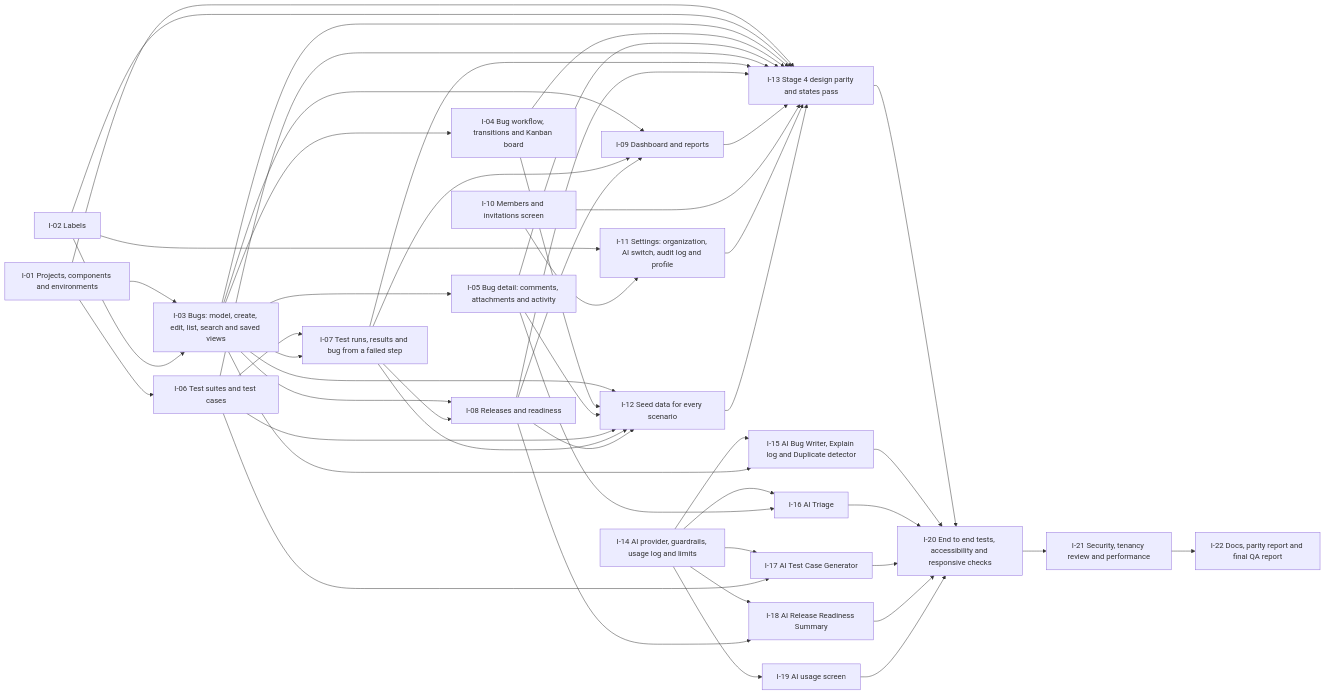
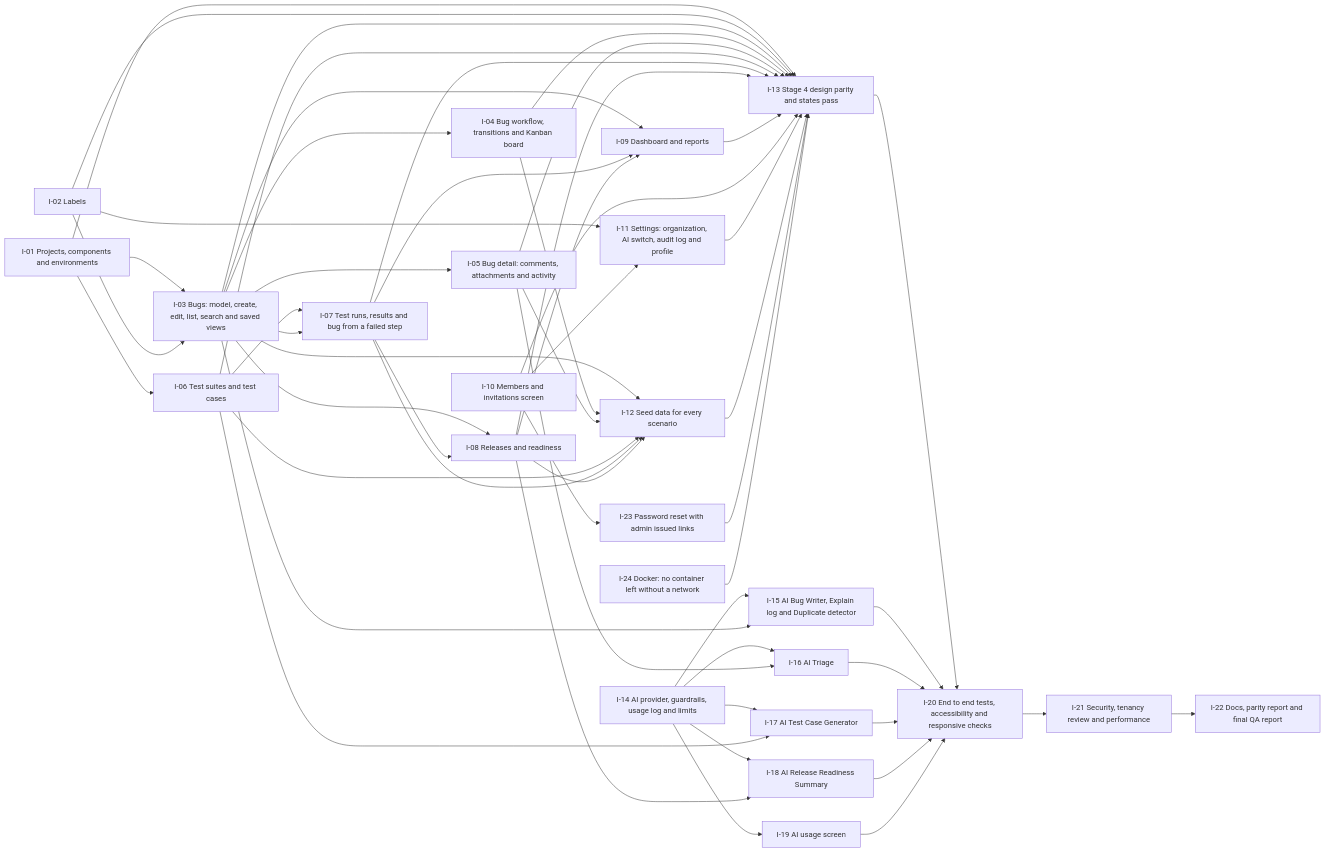
One commit to Bilex95/qa-pilot changed the diagram in docs/issues/DAG.md. Above: the diagram before and after it, drawn with Mermaid. The commit also changed other lines of this file and 22 other files, not shown here.

````diff
--- a/docs/issues/DAG.md
+++ b/docs/issues/DAG.md
@@ -7,74 +7,79 @@
 ```mermaid
 flowchart LR
     I01["I-01 Projects, components and environments"]
     I02["I-02 Labels"]
     I03["I-03 Bugs: model, create, edit, list, search and saved views"]
     I04["I-04 Bug workflow, transitions and Kanban board"]
     I05["I-05 Bug detail: comments, attachments and activity"]
     I06["I-06 Test suites and test cases"]
     I07["I-07 Test runs, results and bug from a failed step"]
     I08["I-08 Releases and readiness"]
     I09["I-09 Dashboard and reports"]
     I10["I-10 Members and invitations screen"]
     I11["I-11 Settings: organization, AI switch, audit log and profile"]
     I12["I-12 Seed data for every scenario"]
     I13["I-13 Stage 4 design parity and states pass"]
+    I23["I-23 Password reset with admin issued links"]
+    I24["I-24 Docker: no container left without a network"]
     I14["I-14 AI provider, guardrails, usage log and limits"]
     I15["I-15 AI Bug Writer, Explain log and Duplicate detector"]
     I16["I-16 AI Triage"]
     I17["I-17 AI Test Case Generator"]
     I18["I-18 AI Release Readiness Summary"]
     I19["I-19 AI usage screen"]
     I20["I-20 End to end tests, accessibility and responsive checks"]
     I21["I-21 Security, tenancy review and performance"]
     I22["I-22 Docs, parity report and final QA report"]
     I01 --> I03
     I02 --> I03
     I03 --> I04
     I03 --> I05
     I01 --> I06
     I06 --> I07
     I03 --> I07
     I03 --> I08
     I07 --> I08
     I03 --> I09
     I07 --> I09
     I08 --> I09
     I02 --> I11
     I10 --> I11
     I03 --> I12
     I04 --> I12
     I05 --> I12
     I06 --> I12
     I07 --> I12
     I08 --> I12
     I01 --> I13
     I02 --> I13
     I03 --> I13
     I04 --> I13
     I05 --> I13
     I06 --> I13
     I07 --> I13
     I08 --> I13
     I09 --> I13
     I10 --> I13
     I11 --> I13
     I12 --> I13
+    I23 --> I13
+    I24 --> I13
+    I10 --> I23
     I14 --> I15
     I03 --> I15
     I14 --> I16
     I05 --> I16
     I14 --> I17
     I06 --> I17
     I14 --> I18
     I08 --> I18
     I14 --> I19
     I13 --> I20
     I15 --> I20
     I16 --> I20
     I17 --> I20
     I18 --> I20
     I19 --> I20
     I20 --> I21
     I21 --> I22
 ```
````
